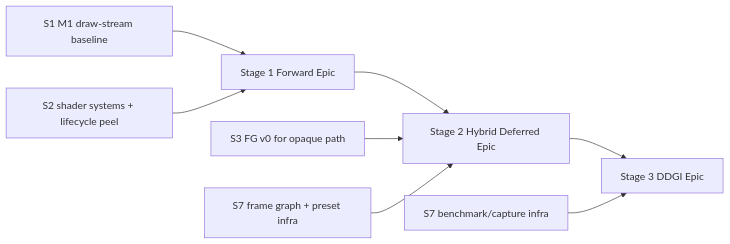
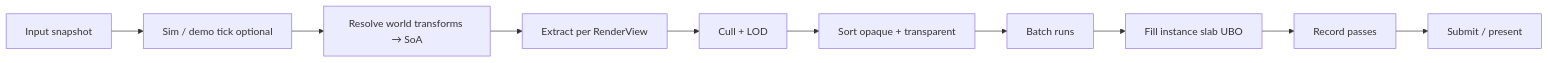
One commit to PluseggWill/SiriusEngine_VulkanReboot changed the fifth of 13 diagrams in Docs/EngineArchitecture.md. Above: the diagram before and after it, drawn with Mermaid. The commit also changed other lines of this file and 22 other files, not shown here.

First line of the commit message:
[Docs][Cursor] Streamline roadmap, architecture, and agent workflow rules.

````diff
--- a/Docs/EngineArchitecture.md
+++ b/Docs/EngineArchitecture.md
@@ -358,12 +124,15 @@
 ```mermaid
 flowchart LR
-  SPR_M1[S1 M1 draw-stream baseline] --> STG_1[Stage 1 Forward Epic]
-  SPR_S2[S2 shader systems + lifecycle peel] --> STG_1
+  IN[Input snapshot]
+  SIM[Sim / demo tick optional]
+  XFORM[Resolve world transforms → SoA]
+  EXT[Extract per RenderView]
+  CULL[Cull + LOD]
+  SORT[Sort opaque + transparent]
+  BATCH[Batch runs]
+  SLAB[Fill instance slab UBO]
+  REC[Record passes]
+  PRES[Submit / present]
 
-  STG_1 --> STG_2[Stage 2 Hybrid Deferred Epic]
-  SPR_S3_FG0[S3 FG v0 for opaque path] --> STG_2
-  SPR_S7_FG[S7 frame graph + preset infra] --> STG_2
-
-  STG_2 --> STG_3[Stage 3 DDGI Epic]
-  SPR_S7_BENCH[S7 benchmark/capture infra] --> STG_3
+  IN --> SIM --> XFORM --> EXT --> CULL --> SORT --> BATCH --> SLAB --> REC --> PRES
 ```
````
